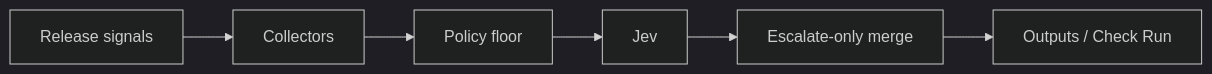
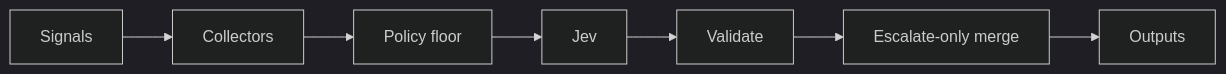
Before and after one commit to JevForge/jev-release-oracle: the diagram in README.md, drawn with Mermaid (dark theme). The commit also changed other lines of this file and 13 other files, not shown here.

````diff
--- a/README.md
+++ b/README.md
@@ -32,8 +55,9 @@
 ```mermaid
 flowchart LR
-  A[Release signals] --> B[Collectors]
+  A[Signals] --> B[Collectors]
   B --> C[Policy floor]
   C --> D[Jev]
-  D --> E[Escalate-only merge]
-  E --> F[Outputs / Check Run]
+  D --> E[Validate]
+  E --> F[Escalate-only merge]
+  F --> G[Outputs]
 ```
````
